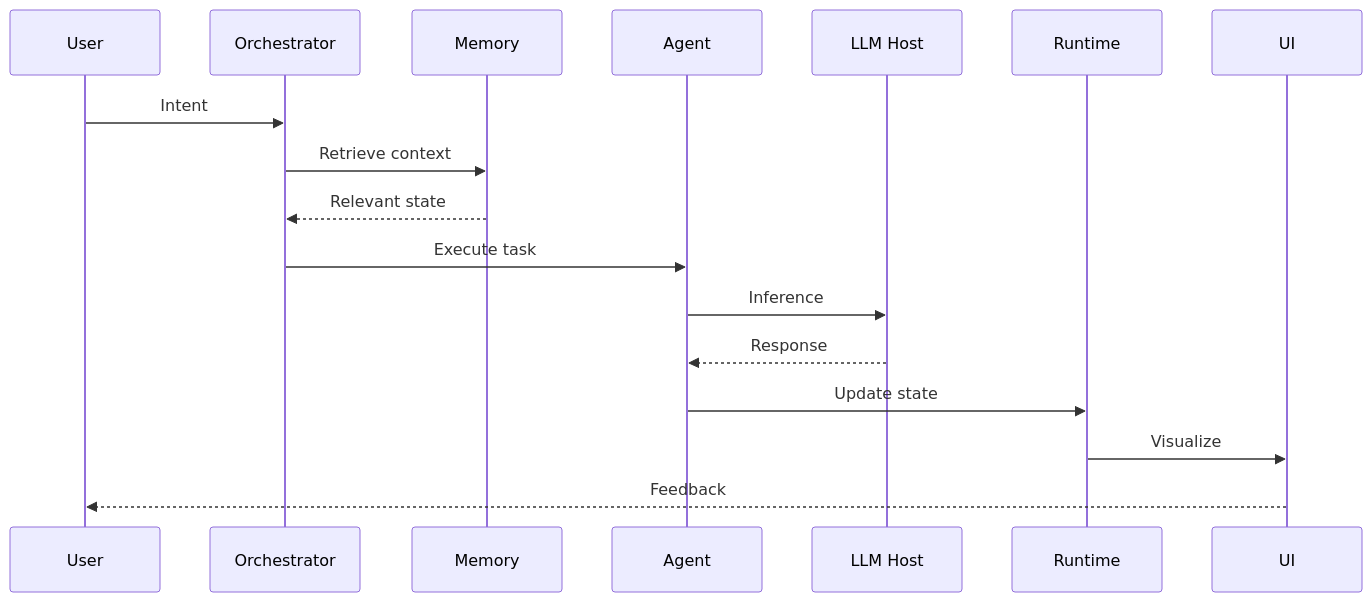
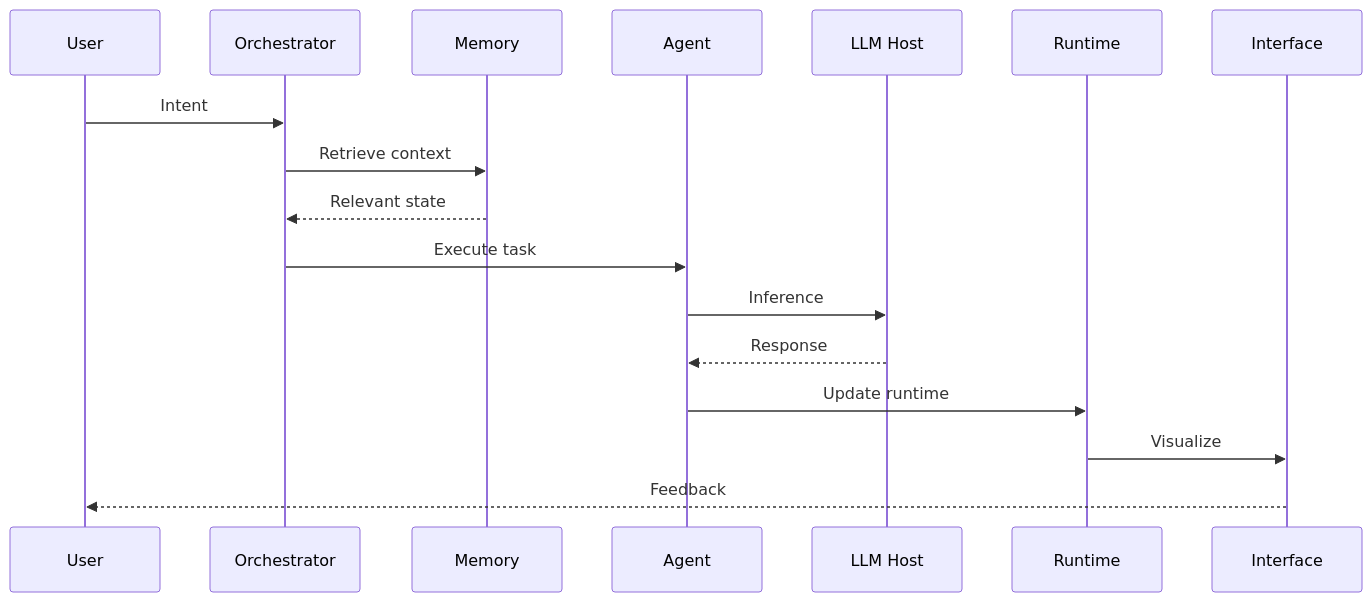
Before and after one commit to swappy-ops/baton: the second of 3 diagrams in README.md, drawn with Mermaid. The commit also changed other lines of this file, not shown here.

````diff
--- a/README.md
+++ b/README.md
@@ -91,15 +154,23 @@
 ```mermaid
 sequenceDiagram
 
-User->>Orchestrator: Intent
-Orchestrator->>Memory: Retrieve context
-Memory-->>Orchestrator: Relevant state
+participant U as User
+participant O as Orchestrator
+participant M as Memory
+participant A as Agent
+participant P as LLM Host
+participant R as Runtime
+participant UI as Interface
 
-Orchestrator->>Agent: Execute task
-Agent->>LLM Host: Inference
-LLM Host-->>Agent: Response
+U->>O: Intent
+O->>M: Retrieve context
+M-->>O: Relevant state
 
-Agent->>Runtime: Update state
-Runtime->>UI: Visualize
-UI-->>User: Feedback
+O->>A: Execute task
+A->>P: Inference
+P-->>A: Response
+
+A->>R: Update runtime
+R->>UI: Visualize
+UI-->>U: Feedback
 ```
````
